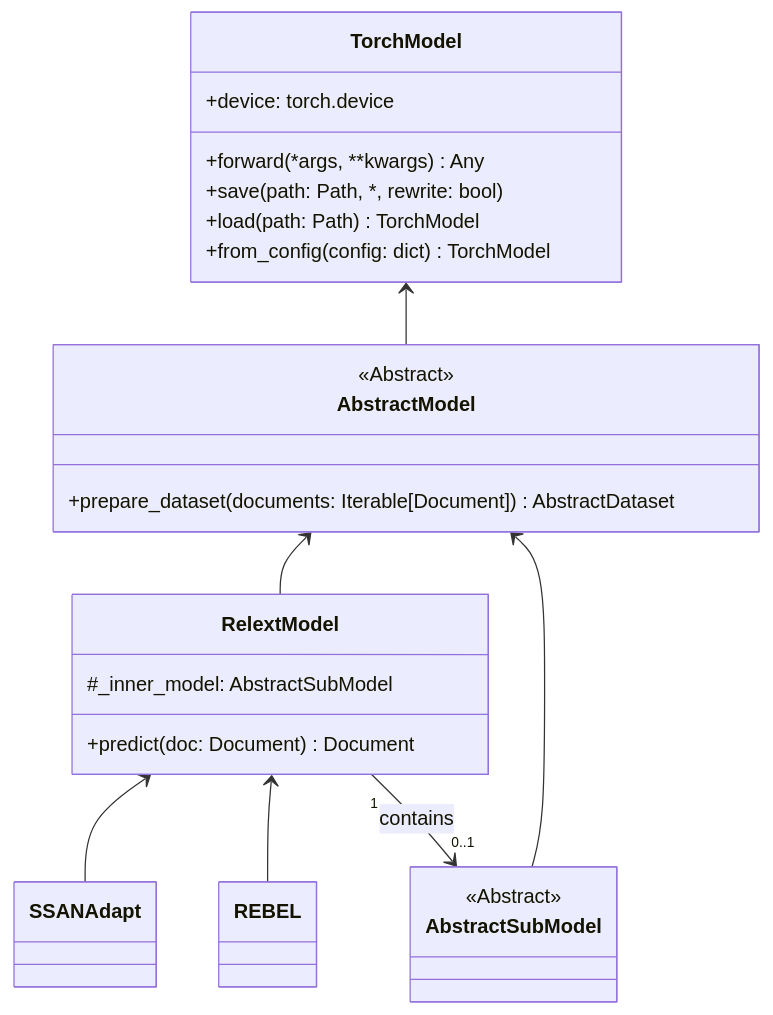
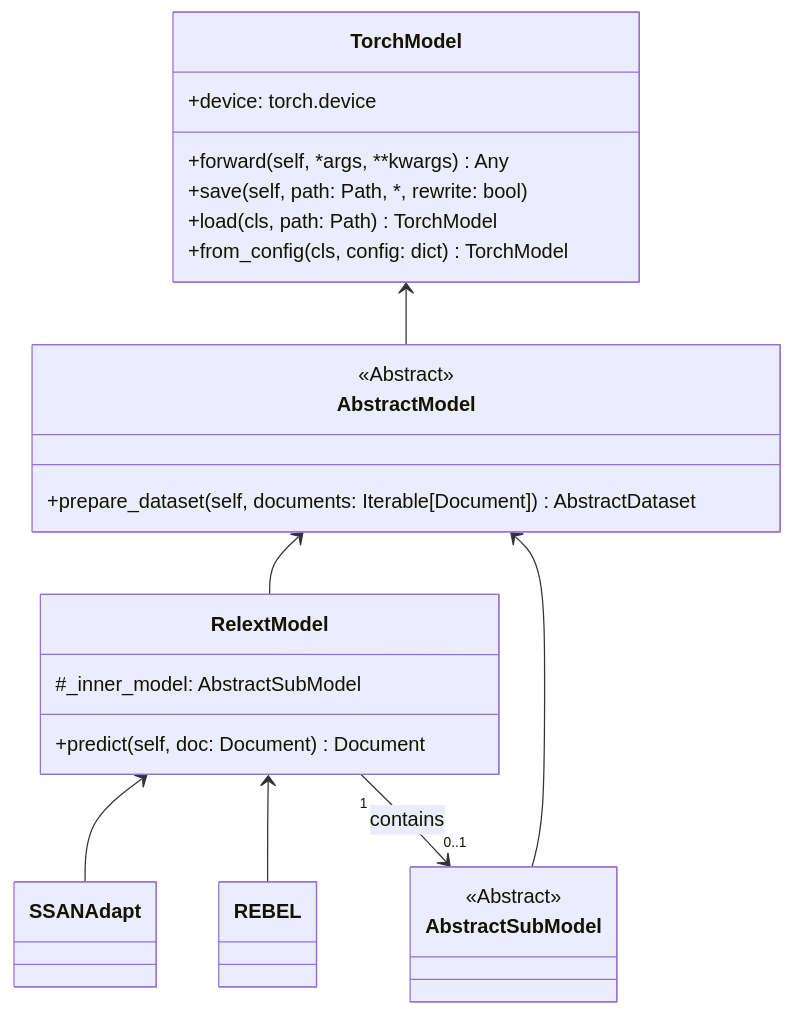
One commit to phos-phophy/creed changed the fourth of 4 diagrams in README.md. Above: the diagram before and after it, drawn with Mermaid. The commit also changed other lines of this file, not shown here.

````diff
--- a/README.md
+++ b/README.md
@@ -148,33 +148,33 @@
 ```mermaid
 classDiagram
 direction TB
 
    class TorchModel{
       +device: torch.device
-      +forward(*args, **kwargs) Any
-      +save(path: Path, *, rewrite: bool)
-      +load(path: Path) TorchModel
-      +from_config(config: dict) TorchModel
+      +forward(self, *args, **kwargs) Any
+      +save(self, path: Path, *, rewrite: bool)
+      +load(cls, path: Path) TorchModel
+      +from_config(cls, config: dict) TorchModel
    }
    TorchModel <-- AbstractModel
    
    class AbstractModel{
       <<Abstract>>
-      +prepare_dataset(documents: Iterable[Document])  AbstractDataset
+      +prepare_dataset(self, documents: Iterable[Document])  AbstractDataset
    }
    AbstractModel <-- RelextModel
    AbstractModel <-- AbstractSubModel
    
    class RelextModel{
       #_inner_model: AbstractSubModel
-      +predict(doc: Document) Document
+      +predict(self, doc: Document) Document
    }
    RelextModel <-- SSANAdapt
    RelextModel <-- REBEL
    RelextModel "1" --> "0..1" AbstractSubModel: contains
    
    class AbstractSubModel{
       <<Abstract>>
    }
    
 ```
````
